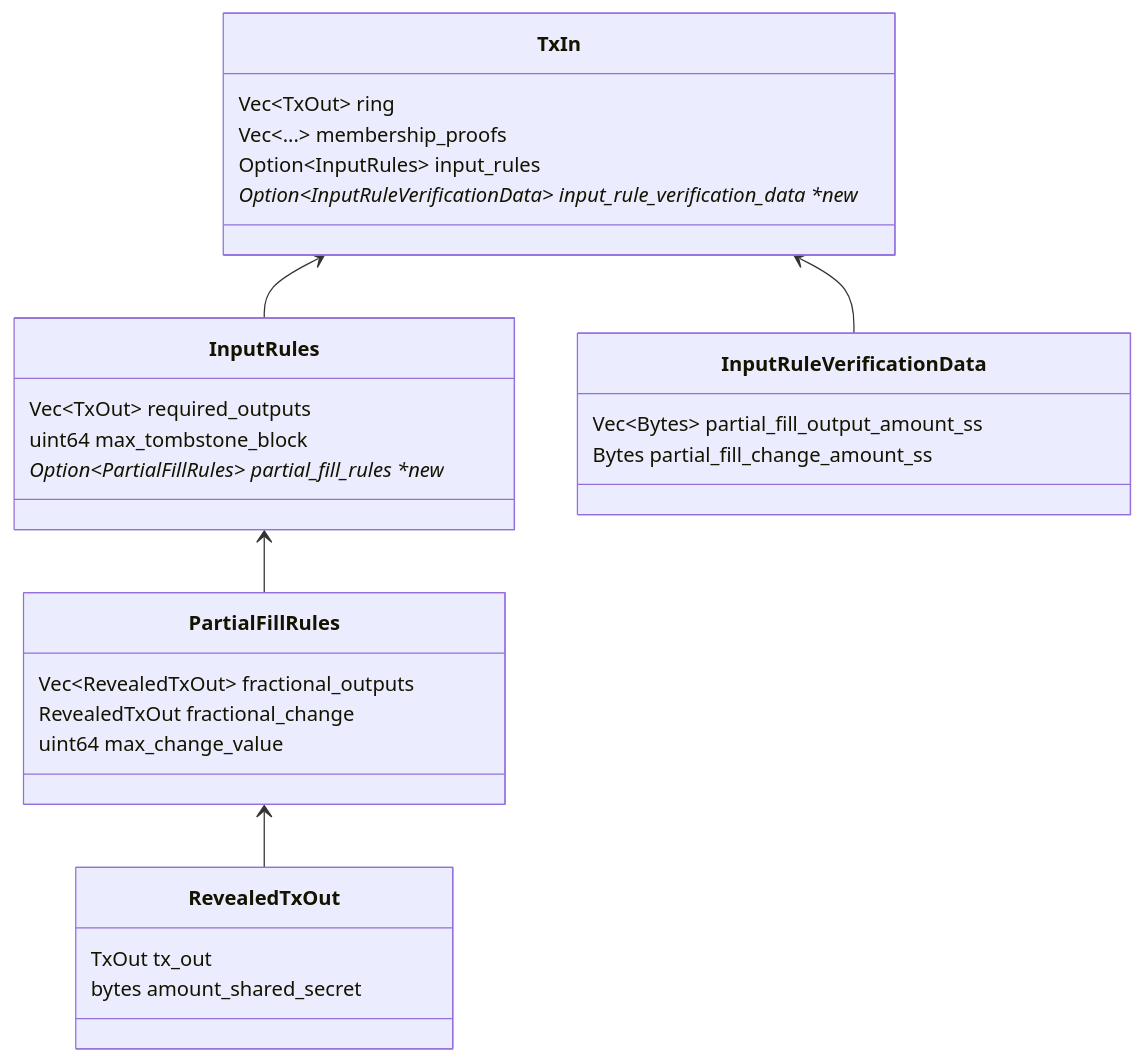
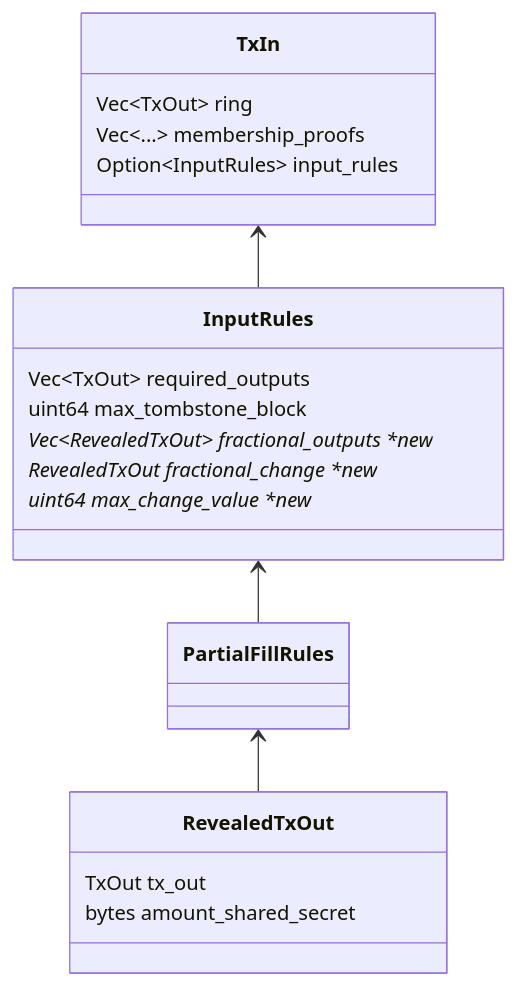
One commit to mobilecoinfoundation/mcips changed the third of 3 diagrams in text/0042-partial-fill-rules.md. Above: the diagram before and after it, drawn with Mermaid. The commit also changed other lines of this file, not shown here.

Commit message:
update to match POC

````diff
--- a/text/0042-partial-fill-rules.md
+++ b/text/0042-partial-fill-rules.md
@@ -78,27 +75,20 @@
 ```mermaid
 classDiagram
 direction BT
 InputRules --> TxIn
 PartialFillRules --> InputRules
 RevealedTxOut --> PartialFillRules
-InputRuleVerificationData --> TxIn
 
 TxIn: Vec~TxOut~ ring
 TxIn: Vec~...~ membership_proofs
 TxIn: Option~InputRules~ input_rules
-TxIn: Option~InputRuleVerificationData~ input_rule_verification_data *new*
 
 InputRules: Vec~TxOut~ required_outputs
 InputRules: uint64 max_tombstone_block
-InputRules: Option~PartialFillRules~ partial_fill_rules *new*
-
-PartialFillRules: Vec~RevealedTxOut~ fractional_outputs
-PartialFillRules: RevealedTxOut fractional_change
-PartialFillRules: uint64 max_change_value
+InputRules: Vec~RevealedTxOut~ fractional_outputs *new*
+InputRules: RevealedTxOut fractional_change *new*
+InputRules: uint64 max_change_value *new*
 
 RevealedTxOut: TxOut tx_out
 RevealedTxOut: bytes amount_shared_secret
-
-InputRuleVerificationData: Vec~Bytes~ partial_fill_output_amount_ss
-InputRuleVerificationData: Bytes partial_fill_change_amount_ss
 ```
````
